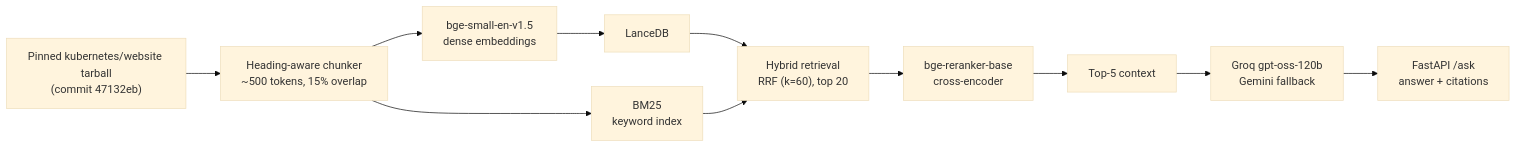
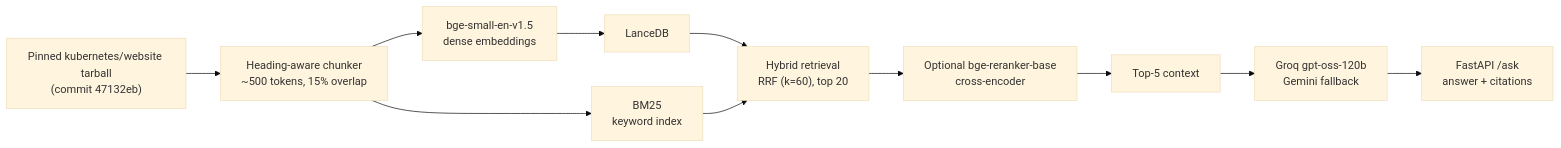
The diagram in projects/01-rag-k8s-docs/README.md (mahoutei/kubernetes-troubleshooting-assistant), drawn with Mermaid (base theme) before and after one commit. The commit also changed other lines of this file and 108 other files, not shown here.

````diff
--- a/projects/01-rag-k8s-docs/README.md
+++ b/projects/01-rag-k8s-docs/README.md
@@ -9,13 +101,13 @@
 ```mermaid
 flowchart LR
     A["Pinned kubernetes/website tarball<br/>(commit 47132eb)"] --> B["Heading-aware chunker<br/>~500 tokens, 15% overlap"]
     B --> C["bge-small-en-v1.5<br/>dense embeddings"]
     B --> D["BM25<br/>keyword index"]
     C --> E["LanceDB"]
     E --> F["Hybrid retrieval<br/>RRF (k=60), top 20"]
     D --> F
-    F --> G["bge-reranker-base<br/>cross-encoder"]
+    F --> G["Optional bge-reranker-base<br/>cross-encoder"]
     G --> H["Top-5 context"]
     H --> I["Groq gpt-oss-120b<br/>Gemini fallback"]
     I --> J["FastAPI /ask<br/>answer + citations"]
 ```
````
